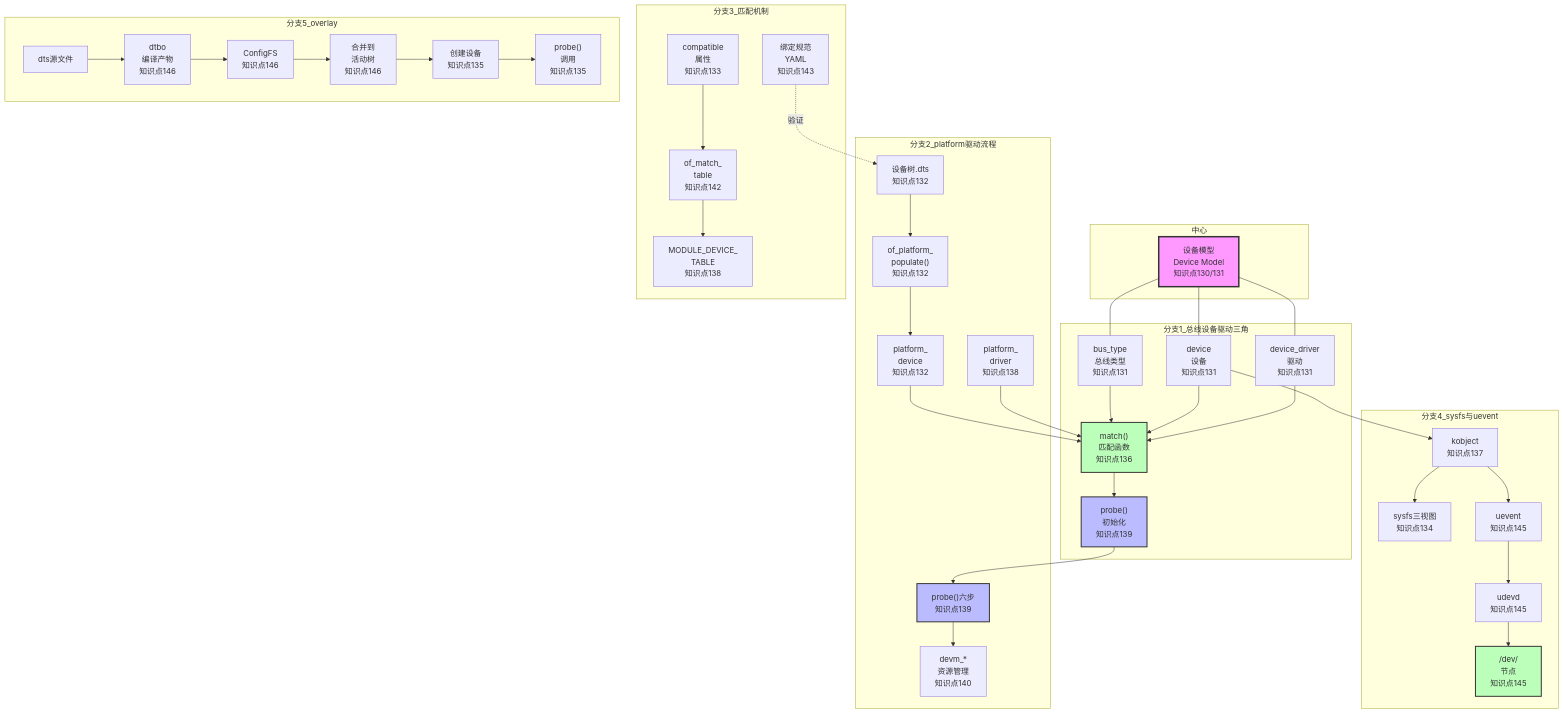
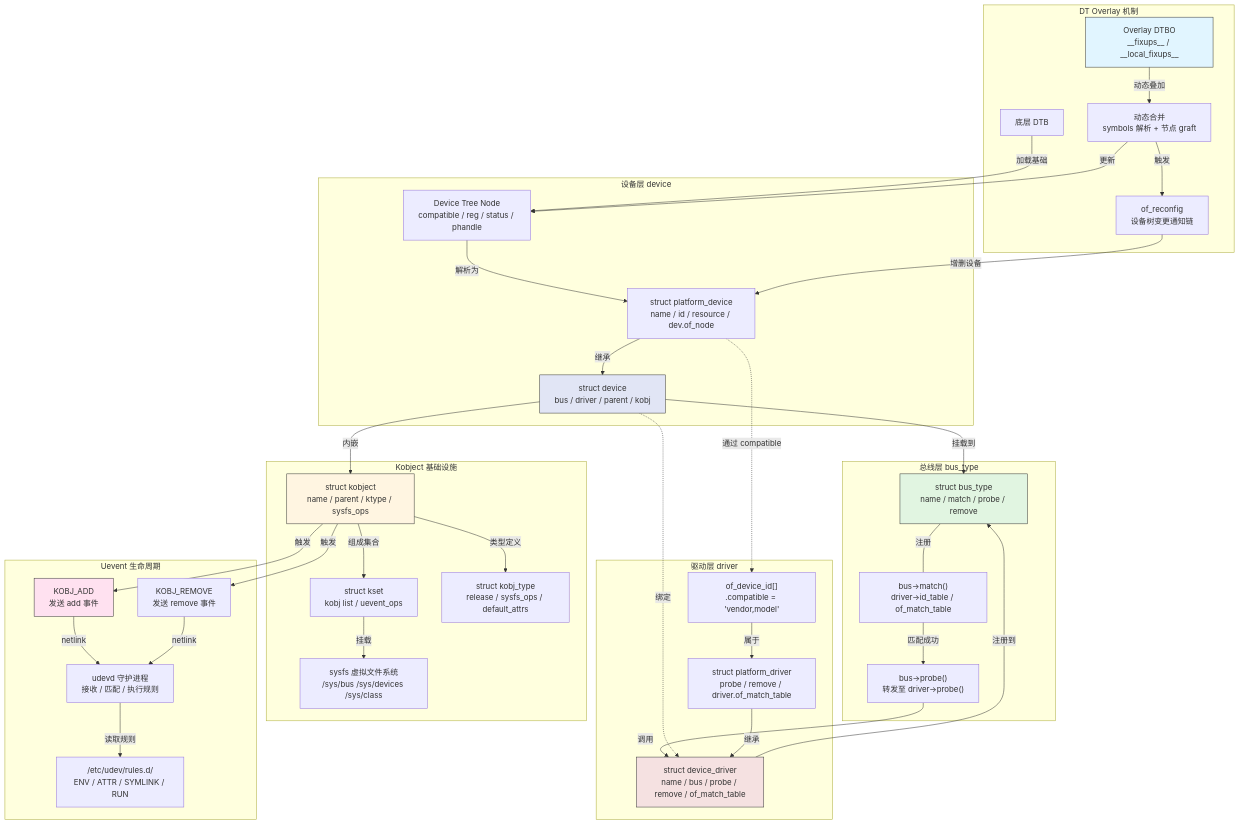
The first of 2 diagrams in docs/02-核心机制深度解析/第11章 设备模型/11.99.md (xiaohong0925/Embedded_Knowledge_System_V2026), drawn with Mermaid before and after one commit. The commit also changed other lines of this file and 19 other files, not shown here.

````diff
--- a/docs/02-核心机制深度解析/第11章 设备模型/11.99.md
+++ b/docs/02-核心机制深度解析/第11章 设备模型/11.99.md
@@ -15,84 +7,80 @@
 ```mermaid
 graph TD
-    subgraph 中心
-        DM["设备模型<br/>Device Model<br/>知识点130/131"]
+    subgraph BusLayer["总线层 bus_type"]
+        BUS["struct bus_type<br/>name / match / probe / remove"]
+        BUS_MATCH["bus-&gt;match()<br/>driver-&gt;id_table / of_match_table"]
+        BUS_PROBE["bus-&gt;probe()<br/>转发至 driver-&gt;probe()"]
     end
 
-    subgraph 分支1_总线设备驱动三角
-        B["bus_type<br/>总线类型<br/>知识点131"]
-        D["device<br/>设备<br/>知识点131"]
-        DRV["device_driver<br/>驱动<br/>知识点131"]
-        M["match()<br/>匹配函数<br/>知识点136"]
-        P["probe()<br/>初始化<br/>知识点139"]
+    subgraph DeviceLayer["设备层 device"]
+        DEV["struct device<br/>bus / driver / parent / kobj"]
+        PLATFORM_DEV["struct platform_device<br/>name / id / resource / dev.of_node"]
+        DEV_TREE["Device Tree Node<br/>compatible / reg / status / phandle"]
     end
 
-    subgraph 分支2_platform驱动流程
-        DTS["设备树.dts<br/>知识点132"]
-        OF["of_platform_<br/>populate()<br/>知识点132"]
-        PDEV["platform_<br/>device<br/>知识点132"]
-        PDRV["platform_<br/>driver<br/>知识点138"]
-        PROBE6["probe()六步<br/>知识点139"]
-        DEVM["devm_*<br/>资源管理<br/>知识点140"]
+    subgraph DriverLayer["驱动层 driver"]
+        DRV["struct device_driver<br/>name / bus / probe / remove / of_match_table"]
+        PLATFORM_DRV["struct platform_driver<br/>probe / remove / driver.of_match_table"]
+        OF_MATCH["of_device_id[]<br/>.compatible = 'vendor,model'"]
     end
 
-    subgraph 分支3_匹配机制
-        COMP["compatible<br/>属性<br/>知识点133"]
-        OFM["of_match_<br/>table<br/>知识点142"]
-        MDT["MODULE_DEVICE_<br/>TABLE<br/>知识点138"]
-        BIND["绑定规范<br/>YAML<br/>知识点143"]
+    subgraph KobjectLayer["Kobject 基础设施"]
+        KOBJ["struct kobject<br/>name / parent / ktype / sysfs_ops"]
+        KSET["struct kset<br/>kobj list / uevent_ops"]
+        KTYPE["struct kobj_type<br/>release / sysfs_ops / default_attrs"]
+        SYSFS["sysfs 虚拟文件系统<br/>/sys/bus /sys/devices /sys/class"]
     end
 
-    subgraph 分支4_sysfs与uevent
-        KO["kobject<br/>知识点137"]
-        SYS["sysfs三视图<br/>知识点134"]
-        UE["uevent<br/>知识点145"]
-        UD["udevd<br/>知识点145"]
-        DEVNODE["/dev/<br>节点<br/>知识点145"]
+    subgraph UeventLayer["Uevent 生命周期"]
+        UEV_ADD["KOBJ_ADD<br/>发送 add 事件"]
+        UEV_REM["KOBJ_REMOVE<br/>发送 remove 事件"]
+        UDEV["udevd 守护进程<br/>接收 / 匹配 / 执行规则"]
+        UDEV_RULE["/etc/udev/rules.d/<br/>ENV / ATTR / SYMLINK / RUN"]
     end
 
-    subgraph 分支5_overlay
-        DTSS["dts源文件"]
-        DTBO["dtbo<br/>编译产物<br/>知识点146"]
-        CFG["ConfigFS<br/>知识点146"]
-        MERGE["合并到<br/>活动树<br/>知识点146"]
-        CRE["创建设备<br/>知识点135"]
-        PROBO["probe()<br/>调用<br/>知识点135"]
+    subgraph OverlayLayer["DT Overlay 机制"]
+        DTB["底层 DTB"]
+        OVERLAY["Overlay DTBO<br/>__fixups__ / __local_fixups__"]
+        MERGE["动态合并<br/> symbols 解析 + 节点 graft"]
+        OF_RECONFIG["of_reconfig<br/>设备树变更通知链"]
     end
 
-    DM --- B
-    DM --- D
-    DM --- DRV
-    B --> M
-    D --> M
-    DRV --> M
-    M --> P
+    BUS ---|"注册"| BUS_MATCH
+    BUS_MATCH -->|"匹配成功"| BUS_PROBE
+    BUS_PROBE -->|"调用"| DRV
 
-    DTS --> OF
-    OF --> PDEV
-    PDEV --> M
-    PDRV --> M
-    P --> PROBE6
-    PROBE6 --> DEVM
+    DEV -->|"挂载到"| BUS
+    DRV -->|"注册到"| BUS
+    DEV -.->|"绑定"| DRV
 
-    COMP --> OFM
-    OFM --> MDT
-    BIND -.验证.-> DTS
+    PLATFORM_DEV -->|"继承"| DEV
+    PLATFORM_DRV -->|"继承"| DRV
+    PLATFORM_DEV -.->|"通过 compatible"| OF_MATCH
+    OF_MATCH -->|"属于"| PLATFORM_DRV
 
-    D --> KO
-    KO --> SYS
-    KO --> UE
-    UE --> UD
-    UD --> DEVNODE
+    DEV_TREE -->|"解析为"| PLATFORM_DEV
 
-    DTSS --> DTBO
-    DTBO --> CFG
-    CFG --> MERGE
-    MERGE --> CRE
-    CRE --> PROBO
+    KOBJ -->|"组成集合"| KSET
+    KOBJ -->|"类型定义"| KTYPE
+    KSET -->|"挂载"| SYSFS
+    DEV -->|"内嵌"| KOBJ
 
-    style DM fill:#f9f,stroke:#333,stroke-width:3px
-    style P fill:#bbf,stroke:#333,stroke-width:2px
-    style PROBE6 fill:#bbf,stroke:#333,stroke-width:2px
-    style M fill:#bfb,stroke:#333,stroke-width:2px
-    style DEVNODE fill:#bfb,stroke:#333,stroke-width:2px
+    KOBJ -->|"触发"| UEV_ADD
+    KOBJ -->|"触发"| UEV_REM
+    UEV_ADD -->|"netlink"| UDEV
+    UEV_REM -->|"netlink"| UDEV
+    UDEV -->|"读取规则"| UDEV_RULE
+
+    DTB -->|"加载基础"| DEV_TREE
+    OVERLAY -->|"动态叠加"| MERGE
+    MERGE -->|"更新"| DEV_TREE
+    MERGE -->|"触发"| OF_RECONFIG
+    OF_RECONFIG -->|"增删设备"| PLATFORM_DEV
+
+    style BUS fill:#e1f5e1,stroke:#333
+    style DEV fill:#e1e5f5,stroke:#333
+    style DRV fill:#f5e1e1,stroke:#333
+    style KOBJ fill:#fff5e1,stroke:#333
+    style UEV_ADD fill:#ffe1f0,stroke:#333
+    style OVERLAY fill:#e1f5ff,stroke:#333
 ```
````
